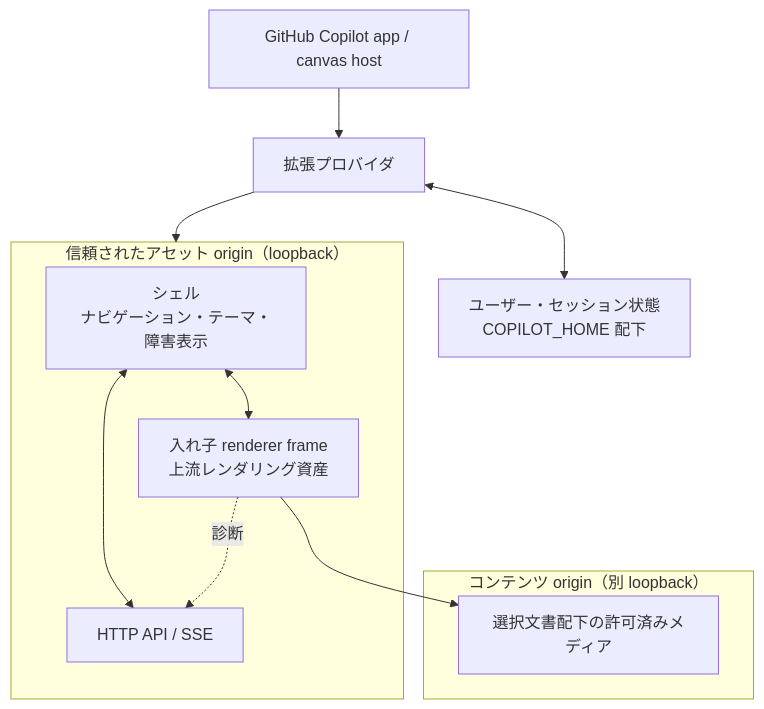
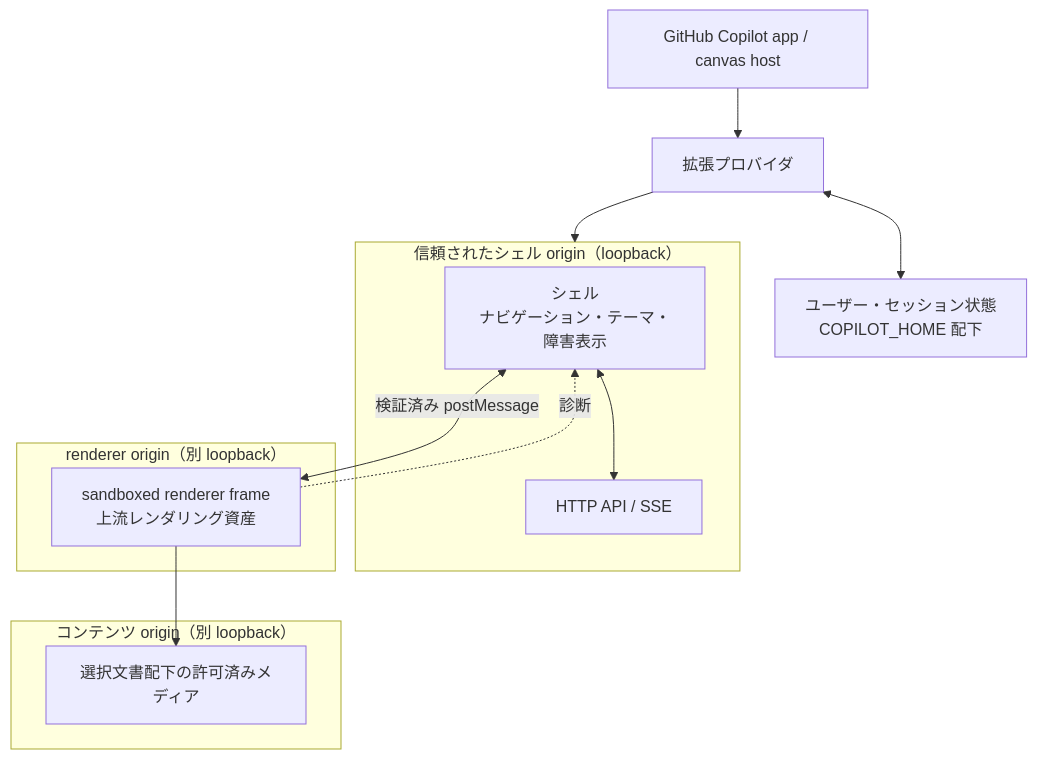
The diagram in docs/architecture.md (runceel/SkimDownForGitHubCopilotApp), drawn with Mermaid before and after one commit. The commit also changed other lines of this file and 10 other files, not shown here.

````diff
--- a/docs/architecture.md
+++ b/docs/architecture.md
@@ -25,24 +25,27 @@
 ```mermaid
 flowchart TB
     host["GitHub Copilot app / canvas host"]
     provider["拡張プロバイダ"]
     state["ユーザー・セッション状態<br/>COPILOT_HOME 配下"]
 
-    subgraph asset["信頼されたアセット origin（loopback）"]
+    subgraph asset["信頼されたシェル origin（loopback）"]
         shell["シェル<br/>ナビゲーション・テーマ・障害表示"]
-        renderer["入れ子 renderer frame<br/>上流レンダリング資産"]
         api["HTTP API / SSE"]
+    end
+
+    subgraph render["renderer origin（別 loopback）"]
+        renderer["sandboxed renderer frame<br/>上流レンダリング資産"]
     end
 
     subgraph content["コンテンツ origin（別 loopback）"]
         media["選択文書配下の許可済みメディア"]
     end
 
     host --> provider
     provider --> asset
     provider <--> state
-    shell <--> renderer
+    shell <-->|"検証済み postMessage"| renderer
     shell <--> api
-    renderer -. "診断" .-> api
+    renderer -. "診断" .-> shell
     renderer --> media
 ```
````
